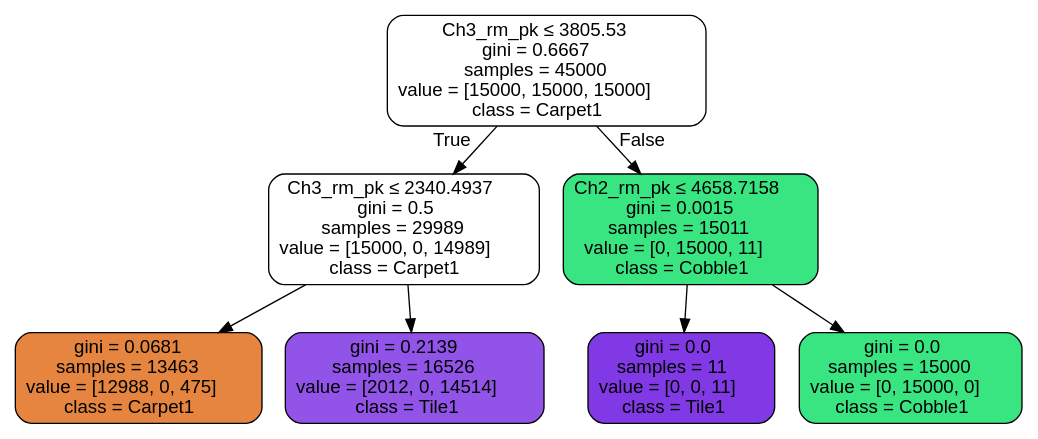
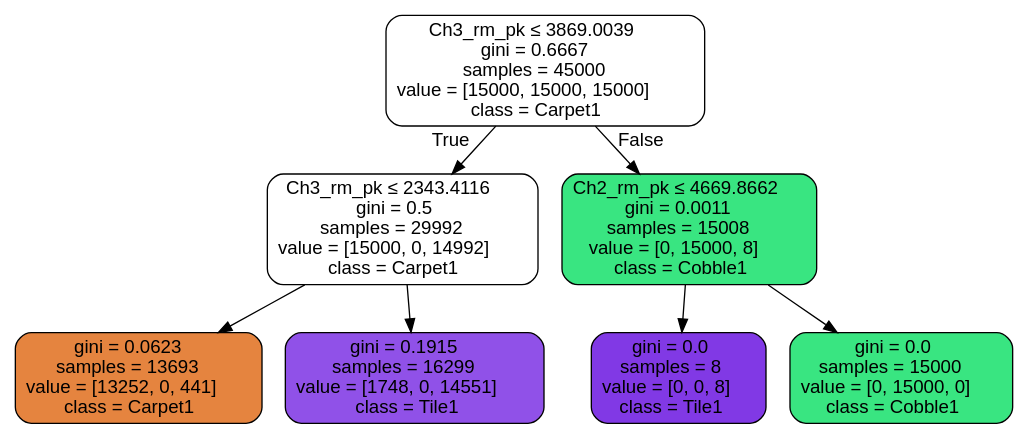
Before and after one commit to MoreCoffee12/AccelPlot: the diagram in PythonScripts/None.dot, drawn with Graphviz. The commit also changed 12 other files, not shown here.

```diff
--- a/PythonScripts/None.dot
+++ b/PythonScripts/None.dot
@@ -1,17 +1,17 @@
 digraph Tree {
 node [shape=box, style="filled, rounded", color="black", fontname=helvetica] ;
 edge [fontname=helvetica] ;
-0 [label=<Ch3_rm_pk &le; 3805.53<br/>gini = 0.6667<br/>samples = 45000<br/>value = [15000, 15000, 15000]<br/>class = Carpet1>, fillcolor="#e5813900"] ;
-1 [label=<Ch3_rm_pk &le; 2340.4937<br/>gini = 0.5<br/>samples = 29989<br/>value = [15000, 0, 14989]<br/>class = Carpet1>, fillcolor="#e5813900"] ;
+0 [label=<Ch3_rm_pk &le; 3869.0039<br/>gini = 0.6667<br/>samples = 45000<br/>value = [15000, 15000, 15000]<br/>class = Carpet1>, fillcolor="#e5813900"] ;
+1 [label=<Ch3_rm_pk &le; 2343.4116<br/>gini = 0.5<br/>samples = 29992<br/>value = [15000, 0, 14992]<br/>class = Carpet1>, fillcolor="#e5813900"] ;
 0 -> 1 [labeldistance=2.5, labelangle=45, headlabel="True"] ;
-2 [label=<gini = 0.0681<br/>samples = 13463<br/>value = [12988, 0, 475]<br/>class = Carpet1>, fillcolor="#e58139f6"] ;
+2 [label=<gini = 0.0623<br/>samples = 13693<br/>value = [13252, 0, 441]<br/>class = Carpet1>, fillcolor="#e58139f7"] ;
 1 -> 2 ;
-3 [label=<gini = 0.2139<br/>samples = 16526<br/>value = [2012, 0, 14514]<br/>class = Tile1>, fillcolor="#8139e5dc"] ;
+3 [label=<gini = 0.1915<br/>samples = 16299<br/>value = [1748, 0, 14551]<br/>class = Tile1>, fillcolor="#8139e5e0"] ;
 1 -> 3 ;
-4 [label=<Ch2_rm_pk &le; 4658.7158<br/>gini = 0.0015<br/>samples = 15011<br/>value = [0, 15000, 11]<br/>class = Cobble1>, fillcolor="#39e581ff"] ;
+4 [label=<Ch2_rm_pk &le; 4669.8662<br/>gini = 0.0011<br/>samples = 15008<br/>value = [0, 15000, 8]<br/>class = Cobble1>, fillcolor="#39e581ff"] ;
 0 -> 4 [labeldistance=2.5, labelangle=-45, headlabel="False"] ;
-5 [label=<gini = 0.0<br/>samples = 11<br/>value = [0, 0, 11]<br/>class = Tile1>, fillcolor="#8139e5ff"] ;
+5 [label=<gini = 0.0<br/>samples = 8<br/>value = [0, 0, 8]<br/>class = Tile1>, fillcolor="#8139e5ff"] ;
 4 -> 5 ;
 6 [label=<gini = 0.0<br/>samples = 15000<br/>value = [0, 15000, 0]<br/>class = Cobble1>, fillcolor="#39e581ff"] ;
 4 -> 6 ;
 }
```
